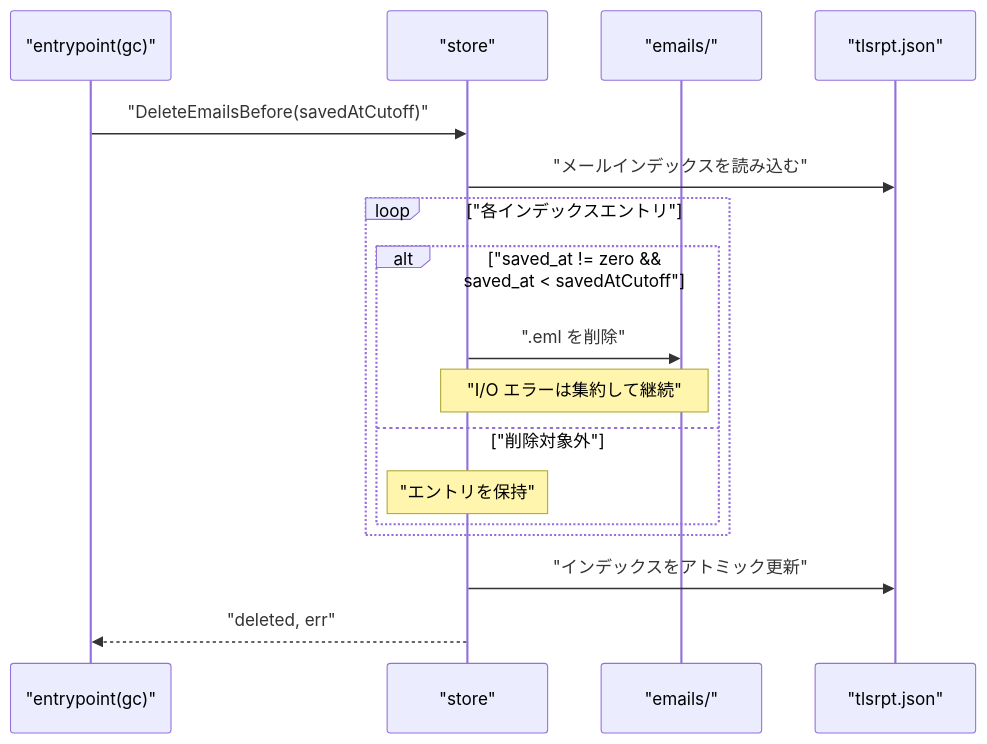
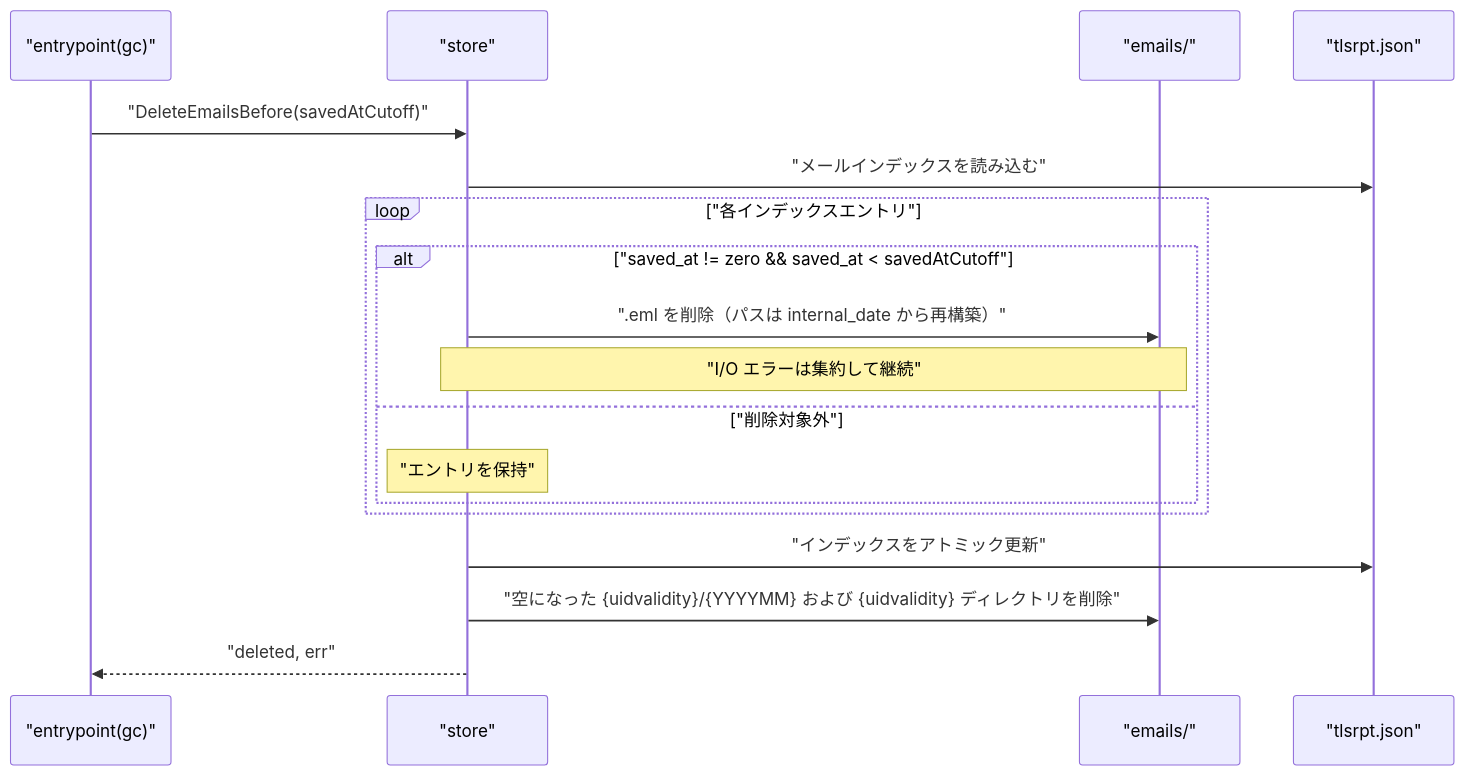
Before and after one commit to isseis/tlsrpt-digest: the eighth of 9 diagrams in docs/tasks/0041_store_gc_simplify/02_architecture.md, drawn with Mermaid. The commit also changed other lines of this file and 2 other files, not shown here.

First line of the commit message:
docs(0041): adopt INTERNALDATE for .eml path determination

````diff
--- a/docs/tasks/0041_store_gc_simplify/02_architecture.md
+++ b/docs/tasks/0041_store_gc_simplify/02_architecture.md
@@ -183,20 +189,21 @@
 ```mermaid
 sequenceDiagram
     participant EP as "entrypoint(gc)"
     participant ST as "store"
     participant EF as "emails/"
     participant DF as "tlsrpt.json"
 
     EP->>ST: "DeleteEmailsBefore(savedAtCutoff)"
     ST->>DF: "メールインデックスを読み込む"
     loop "各インデックスエントリ"
         alt "saved_at != zero && saved_at < savedAtCutoff"
-            ST->>EF: ".eml を削除"
+            ST->>EF: ".eml を削除（パスは internal_date から再構築）"
             Note over ST,EF: "I/O エラーは集約して継続"
         else "削除対象外"
             Note over ST: "エントリを保持"
         end
     end
     ST->>DF: "インデックスをアトミック更新"
+    ST->>EF: "空になった {uidvalidity}/{YYYYMM} および {uidvalidity} ディレクトリを削除"
     ST-->>EP: "deleted, err"
 ```
````
